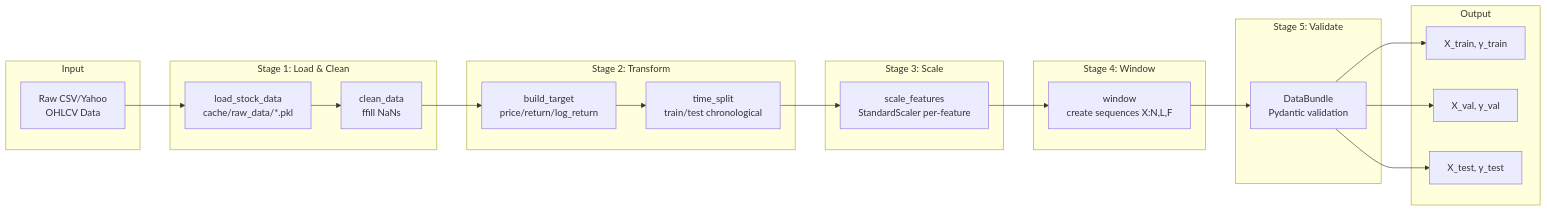
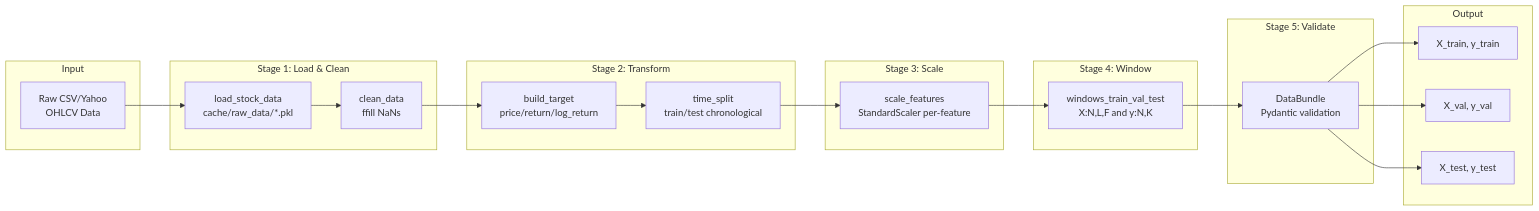
One commit to Leissha/stock_prediction changed the second of 3 diagrams in architecture.md. Above: the diagram before and after it, drawn with Mermaid. The commit also changed other lines of this file and 82 other files, not shown here.

````diff
--- a/architecture.md
+++ b/architecture.md
@@ -188,45 +99,45 @@
 ```mermaid
 graph LR
     subgraph Input
         RAW[Raw CSV/Yahoo<br/>OHLCV Data]
     end
 
     subgraph Stage1[Stage 1: Load & Clean]
         LOAD[load_stock_data<br/>cache/raw_data/*.pkl]
         CLEAN[clean_data<br/>ffill NaNs]
     end
 
     subgraph Stage2[Stage 2: Transform]
         TARGET[build_target<br/>price/return/log_return]
         SPLIT[time_split<br/>train/test chronological]
     end
 
     subgraph Stage3[Stage 3: Scale]
         SCALE[scale_features<br/>StandardScaler per-feature]
     end
 
     subgraph Stage4[Stage 4: Window]
-        WINDOW[window<br/>create sequences X:N,L,F]
+        WINDOW[windows_train_val_test<br/>X:N,L,F and y:N,K]
     end
 
     subgraph Stage5[Stage 5: Validate]
         BUNDLE[DataBundle<br/>Pydantic validation]
     end
 
     subgraph Output
         TRAIN[X_train, y_train]
         VAL[X_val, y_val]
         TEST[X_test, y_test]
     end
 
     RAW --> LOAD
     LOAD --> CLEAN
     CLEAN --> TARGET
     TARGET --> SPLIT
     SPLIT --> SCALE
     SCALE --> WINDOW
     WINDOW --> BUNDLE
     BUNDLE --> TRAIN
     BUNDLE --> VAL
     BUNDLE --> TEST
 ```
````
